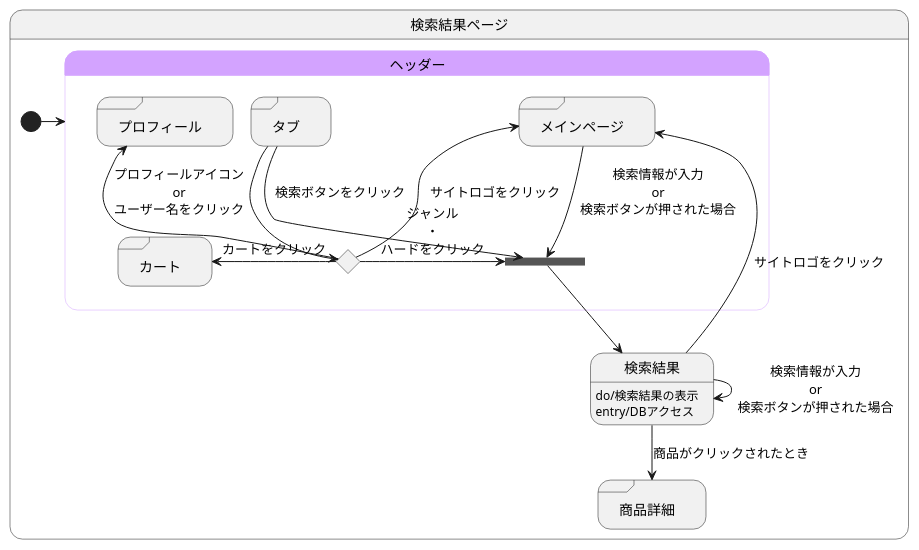
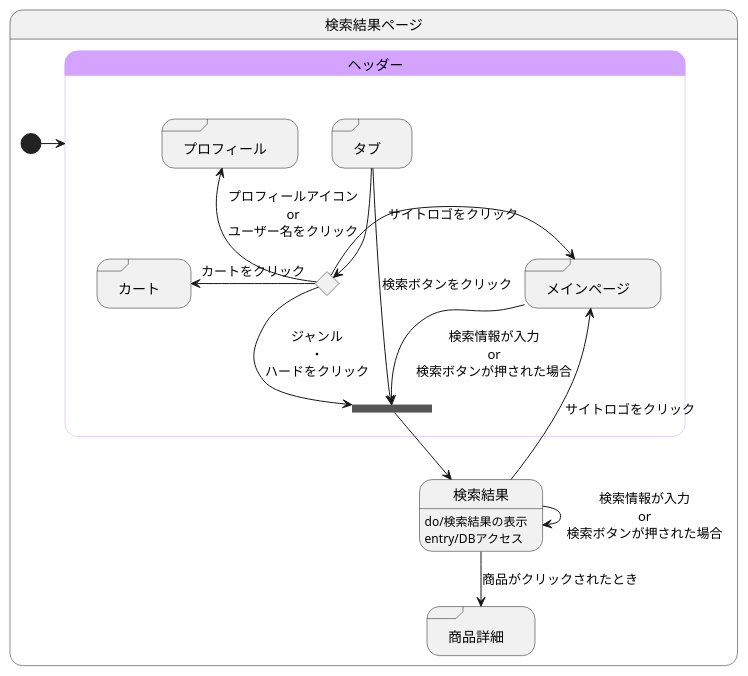
The diagram in 検索結果.md (akutori/T-D-E), drawn with PlantUML before and after one commit.

Commit message:
位置の再修正

````diff
--- a/検索結果.md
+++ b/検索結果.md
@@ -1,45 +1,45 @@
 ```uml
 @startuml
 state 検索結果ページ{
 
 
     state 検索結果:do/検索結果の表示
     state 検索結果:entry/DBアクセス
     state "商品詳細" as goodsdetail <<sdlreceive>>
     
 
 
     [*] -> ヘッダー
     
     検索結果 --> goodsdetail :商品がクリックされたとき
     検索結果 --> 検索結果 :検索情報が入力\nor\n検索ボタンが押された場合
     
 
     state ヘッダー<<headder>>{
         state join_header <<join>>
         state ifinput <<choice>>
         state "タブ" as tab <<sdlreceive>>
         state "カート" as cart <<sdlreceive>>
         state "プロフィール" as profile <<sdlreceive>>
         state "メインページ" as mainpage <<sdlreceive>>
 
-        tab --> join_header :検索ボタンをクリック
+        tab -> join_header :検索ボタンをクリック
 
         tab --> ifinput 
         ifinput -left-> cart :カートをクリック
         ifinput -up-> profile :プロフィールアイコン\nor\nユーザー名をクリック
         ifinput -left-> mainpage :サイトロゴをクリック
-        ifinput -> join_header :ジャンル\n・\nハードをクリック
+        ifinput --> join_header :ジャンル\n・\nハードをクリック
 
         mainpage --> join_header :検索情報が入力\nor\n検索ボタンが押された場合
         検索結果 -up-> mainpage :サイトロゴをクリック
         join_header --> 検索結果
     }
 
     skinparam stateBorderColor<<headder>> #d3a3ff
     state ヘッダー #d3a3ff
 
 }
 
 @enduml
 ```
````
